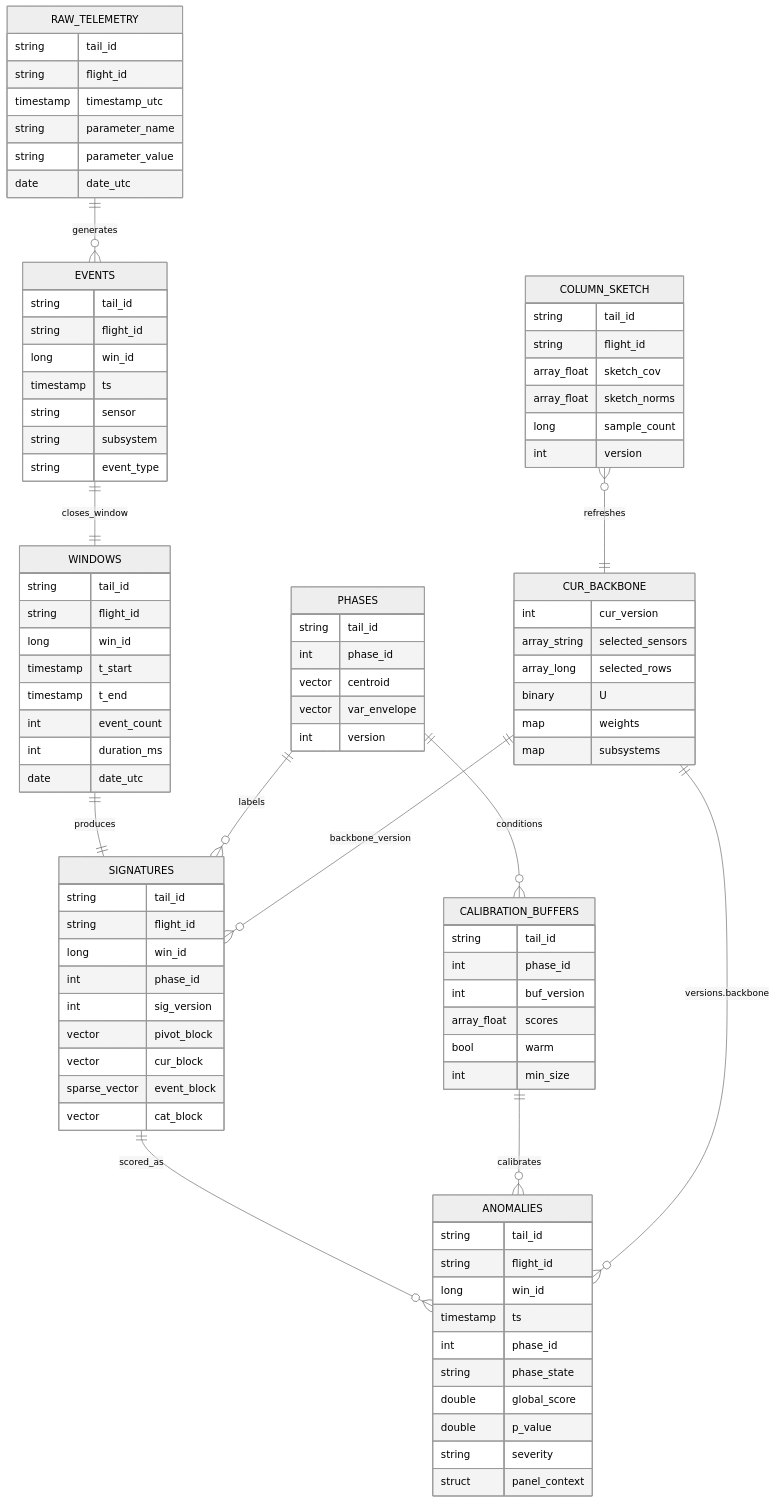
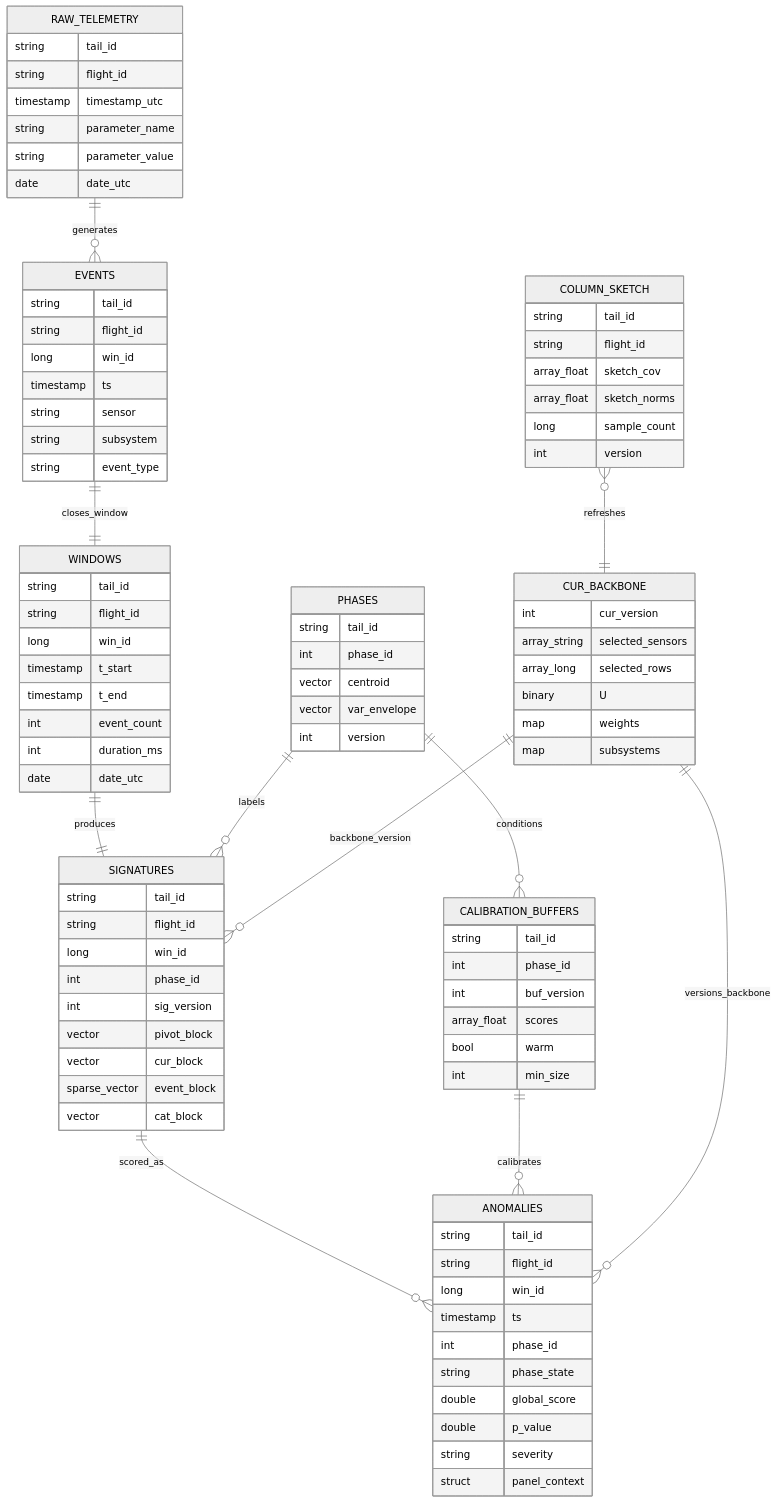
The fourth of 7 diagrams in Architecture_Diagrams.md (stauntonjr/S3NTINEL), drawn with Mermaid (neutral theme) before and after one commit. The commit also changed other lines of this file and 39 other files, not shown here.

````diff
--- a/Architecture_Diagrams.md
+++ b/Architecture_Diagrams.md
@@ -243,5 +224,5 @@
 
   COLUMN_SKETCH }o--|| CUR_BACKBONE : refreshes
   CUR_BACKBONE ||--o{ SIGNATURES : backbone_version
-  CUR_BACKBONE ||--o{ ANOMALIES : versions.backbone
+  CUR_BACKBONE ||--o{ ANOMALIES : versions_backbone
 ```
````
